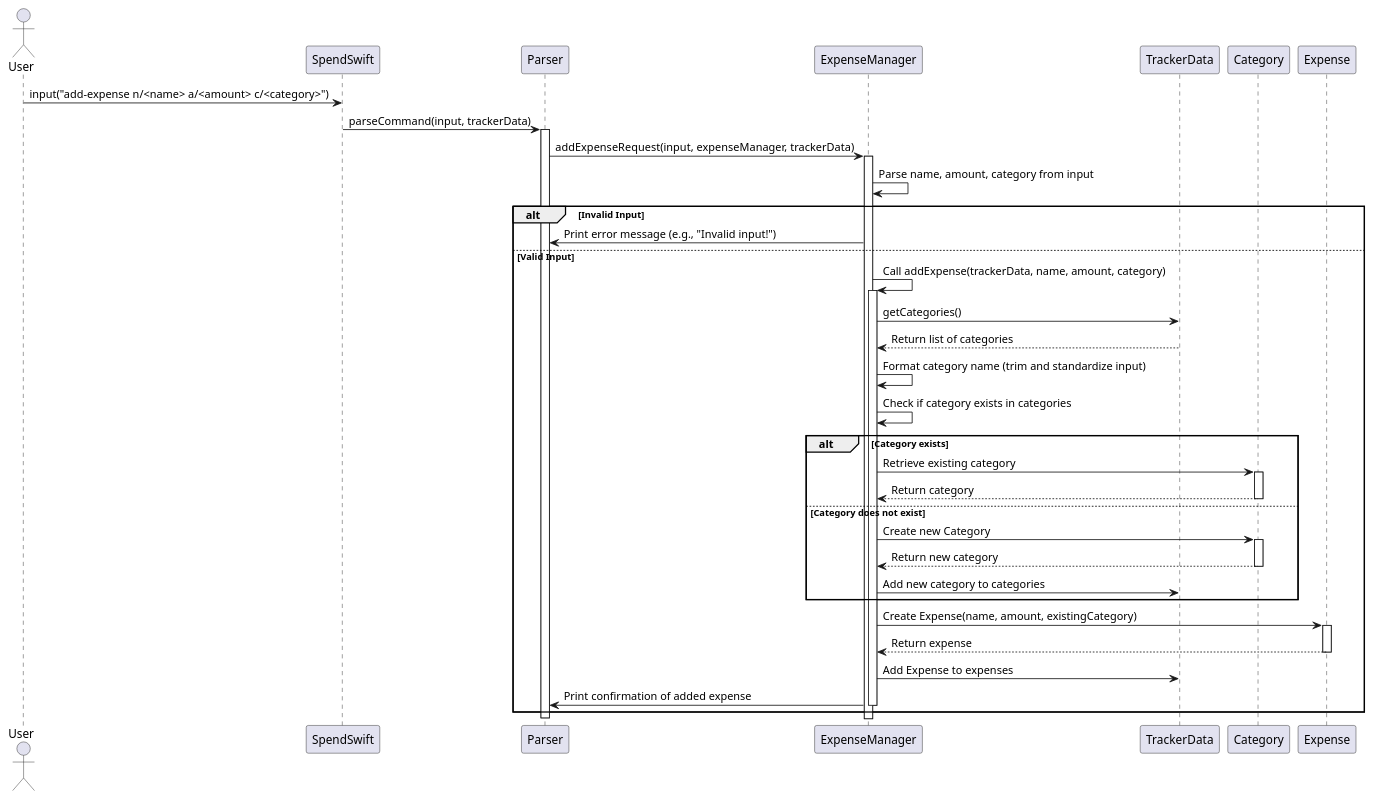
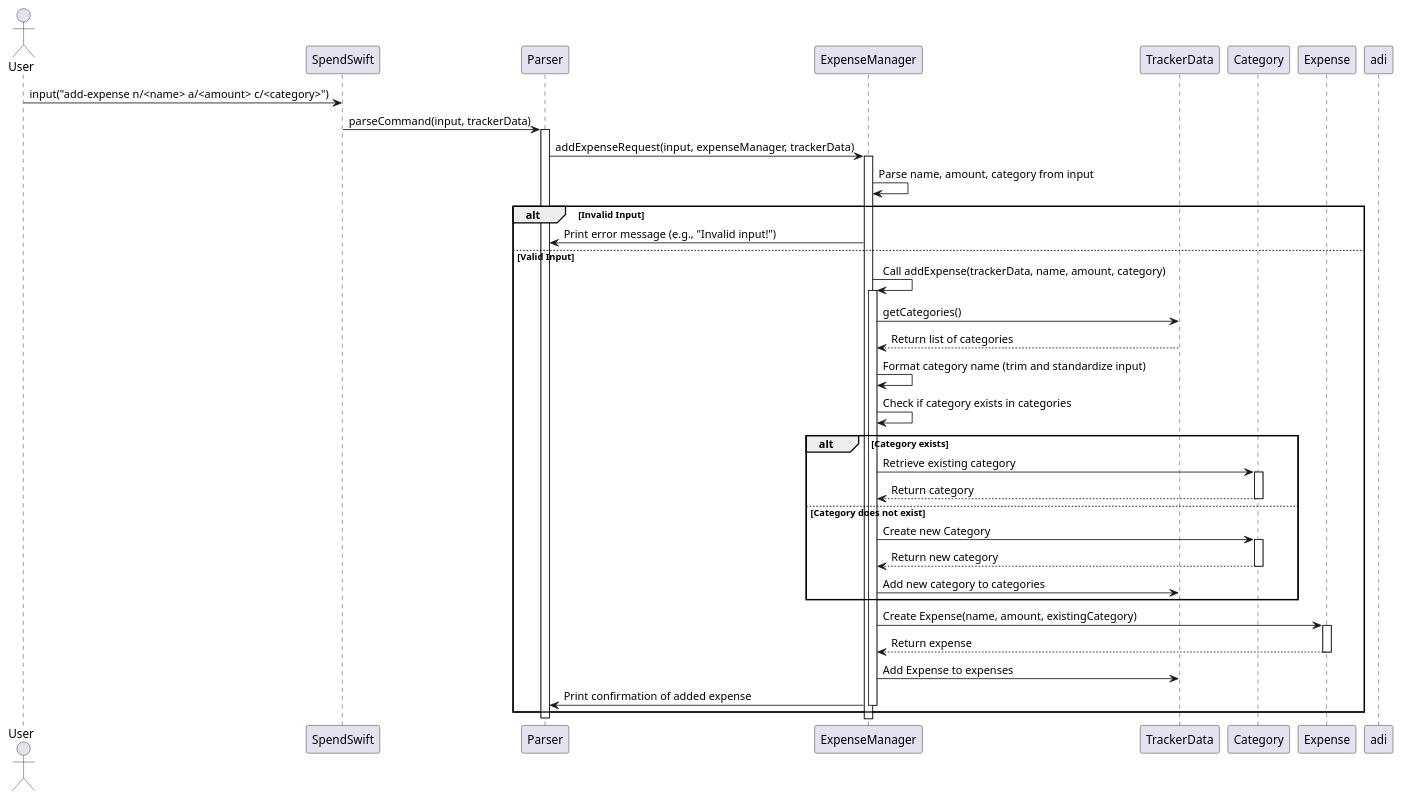
One commit to nus-cs2113-AY2425S1/tp changed the diagram in docs/diagrams/AddExpense.puml. Above: the diagram before and after it, drawn with PlantUML.

Commit message:
try to main

```diff
--- a/docs/diagrams/AddExpense.puml
+++ b/docs/diagrams/AddExpense.puml
@@ -1,55 +1,56 @@
 @startuml
 actor User
 participant SpendSwift
 participant Parser
 participant ExpenseManager
 participant TrackerData
 participant Category
 participant Expense
+participant adi
 
 User -> SpendSwift : input("add-expense n/<name> a/<amount> c/<category>")
 SpendSwift -> Parser : parseCommand(input, trackerData)
 
 activate Parser
 Parser -> ExpenseManager : addExpenseRequest(input, expenseManager, trackerData)
 
 activate ExpenseManager
 ExpenseManager -> ExpenseManager : Parse name, amount, category from input
 
 alt Invalid Input
     ExpenseManager -> Parser : Print error message (e.g., "Invalid input!")
 else Valid Input
     ExpenseManager -> ExpenseManager : Call addExpense(trackerData, name, amount, category)
     activate ExpenseManager
 
     ExpenseManager -> TrackerData : getCategories()
     TrackerData --> ExpenseManager : Return list of categories
 
     ExpenseManager -> ExpenseManager : Format category name (trim and standardize input)
     ExpenseManager -> ExpenseManager : Check if category exists in categories
 
     alt Category exists
         ExpenseManager -> Category : Retrieve existing category
         activate Category
         Category --> ExpenseManager : Return category
         deactivate Category
     else Category does not exist
         ExpenseManager -> Category : Create new Category
         activate Category
         Category --> ExpenseManager : Return new category
         deactivate Category
         ExpenseManager -> TrackerData : Add new category to categories
     end
 
     ExpenseManager -> Expense : Create Expense(name, amount, existingCategory)
     activate Expense
     Expense --> ExpenseManager : Return expense
     deactivate Expense
 
     ExpenseManager -> TrackerData : Add Expense to expenses
     ExpenseManager -> Parser : Print confirmation of added expense
     deactivate ExpenseManager
 end
 deactivate Parser
 
 @enduml
```
